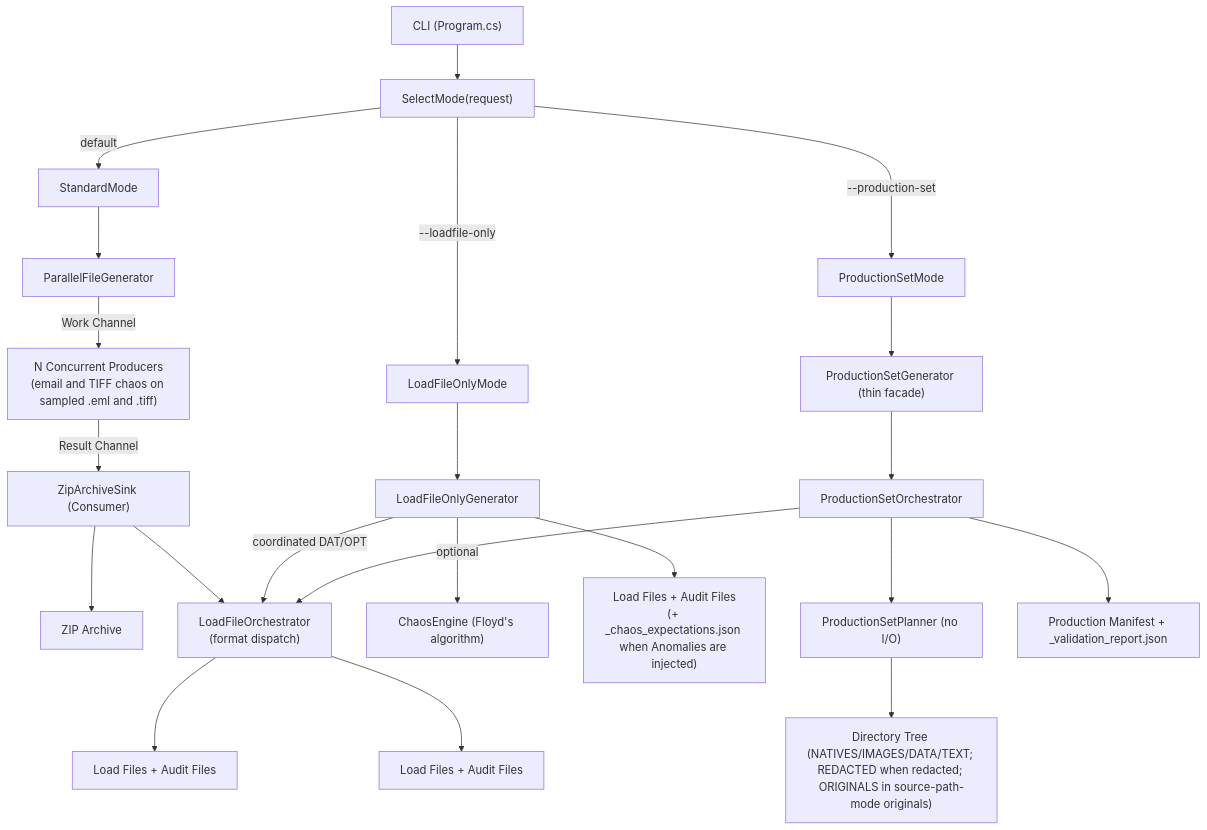
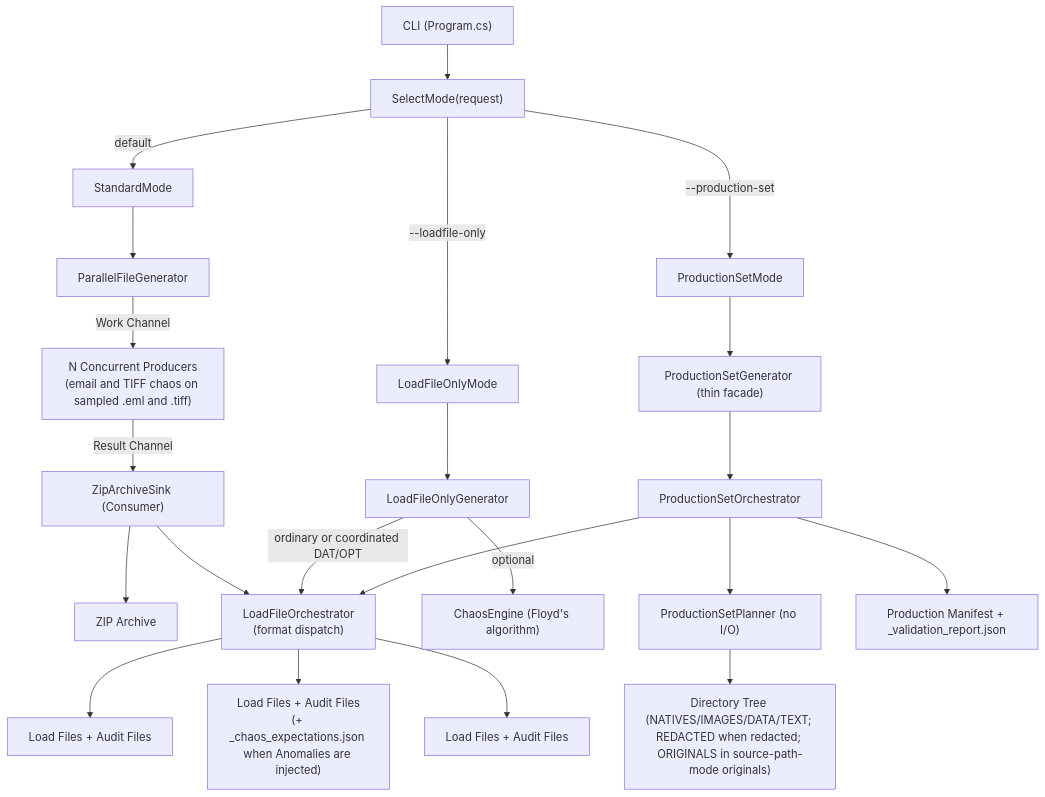
Before and after one commit to dwojtaszek/zipper: the first of 3 diagrams in docs/architecture.md, drawn with Mermaid. The commit also changed other lines of this file and 42 other files, not shown here.

````diff
--- a/docs/architecture.md
+++ b/docs/architecture.md
@@ -46,28 +46,28 @@
 ```mermaid
 graph TD
     CLI["CLI (Program.cs)"]
     CLI --> SelectMode["SelectMode(request)"]
     SelectMode -->|"default"| StandardMode["StandardMode"]
     SelectMode -->|"--loadfile-only"| LoadFileOnlyMode["LoadFileOnlyMode"]
     SelectMode -->|"--production-set"| ProductionSetMode["ProductionSetMode"]
 
     StandardMode --> PFG["ParallelFileGenerator"]
     PFG -->|"Work Channel"| Producers["N Concurrent Producers<br/>(email and TIFF chaos on sampled .eml and .tiff)"]
     Producers -->|"Result Channel"| ZAS["ZipArchiveSink (Consumer)"]
     ZAS --> ZIP["ZIP Archive"]
     ZAS --> LFO["LoadFileOrchestrator<br/>(format dispatch)"]
     LFO --> LF1["Load Files + Audit Files"]
 
     LoadFileOnlyMode --> LOG["LoadFileOnlyGenerator"]
     LOG -->|"optional"| Chaos["ChaosEngine (Floyd's algorithm)"]
-    LOG --> LF2["Load Files + Audit Files<br/>(+ _chaos_expectations.json when Anomalies are injected)"]
-    LOG -->|"coordinated DAT/OPT"| LFO
+    LFO --> LF2["Load Files + Audit Files<br/>(+ _chaos_expectations.json when Anomalies are injected)"]
+    LOG -->|"ordinary or coordinated DAT/OPT"| LFO
 
     ProductionSetMode --> PSG["ProductionSetGenerator (thin facade)"]
     PSG --> PSO["ProductionSetOrchestrator"]
     PSO --> PSP["ProductionSetPlanner (no I/O)"]
     PSP --> Tree["Directory Tree (NATIVES/IMAGES/DATA/TEXT; REDACTED when redacted; ORIGINALS in source-path-mode originals)"]
     PSO --> LFO
     LFO --> LF3["Load Files + Audit Files"]
     PSO --> Manifest["Production Manifest + _validation_report.json"]
 ```
````
